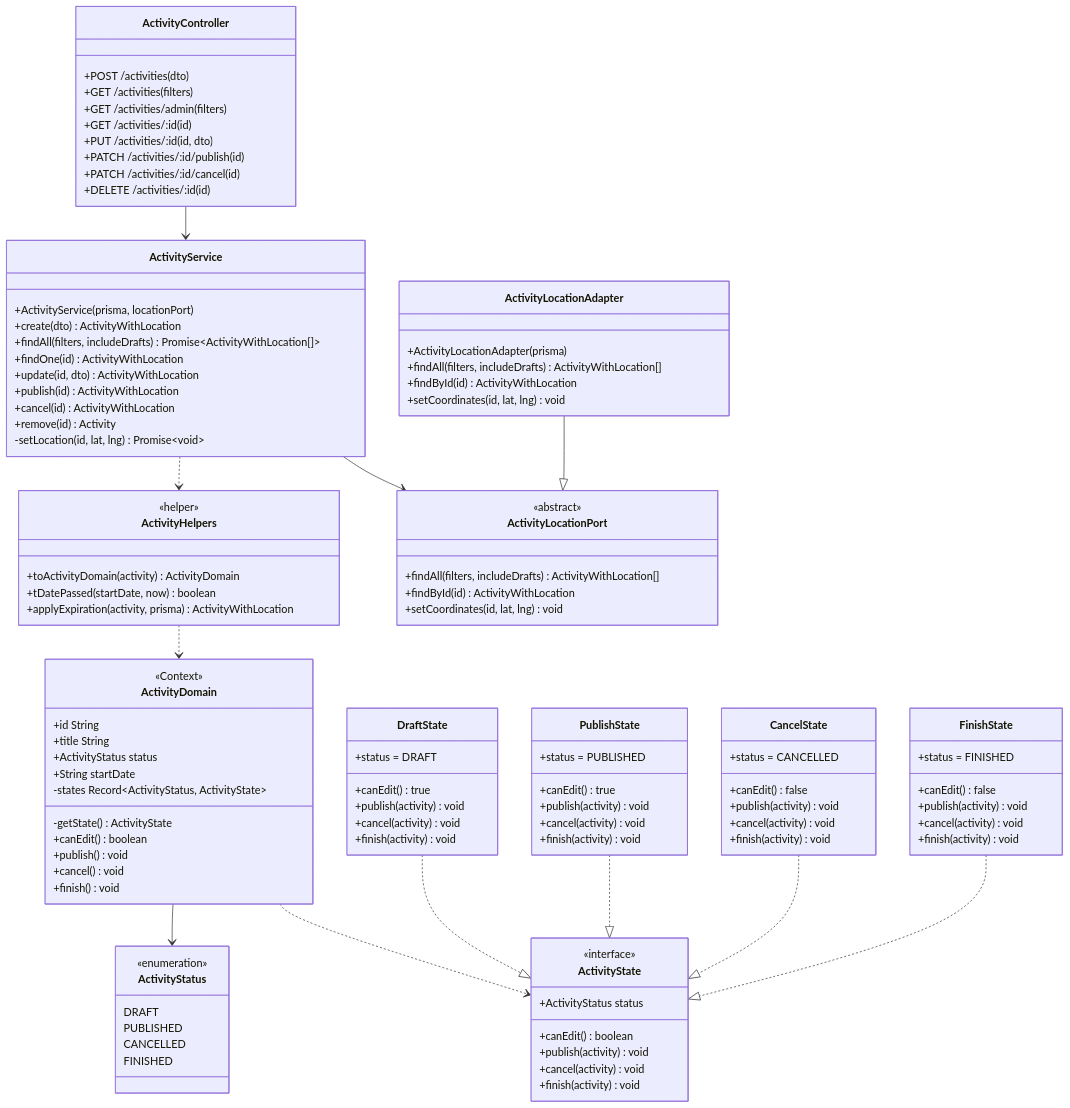
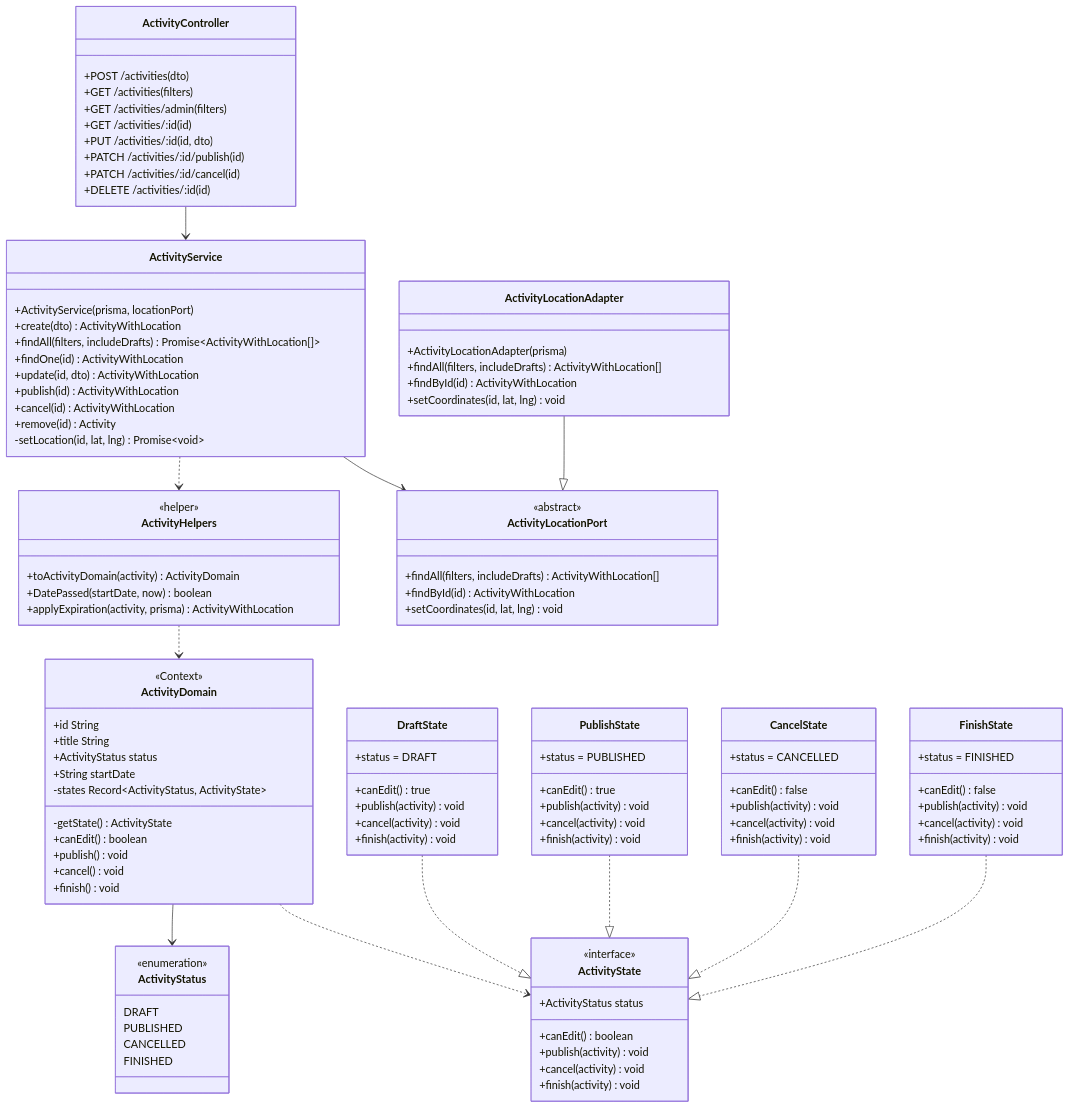
One commit to CaroDevs/Grupo1_Reto1_EventosMedellin changed the second of 2 diagrams in docs/patrones-comportamentales/justificacion.md. Above: the diagram before and after it, drawn with Mermaid.

Commit message:
Update justificacion Patron State.md

```diff
--- a/docs/patrones-comportamentales/justificacion.md
+++ b/docs/patrones-comportamentales/justificacion.md
@@ -122,7 +122,7 @@
     class ActivityHelpers {
             <<helper>>
             +toActivityDomain(activity) ActivityDomain
-            +tDatePassed(startDate, now) boolean
+            +DatePassed(startDate, now) boolean
             +applyExpiration(activity, prisma) ActivityWithLocation
         }
 
```
